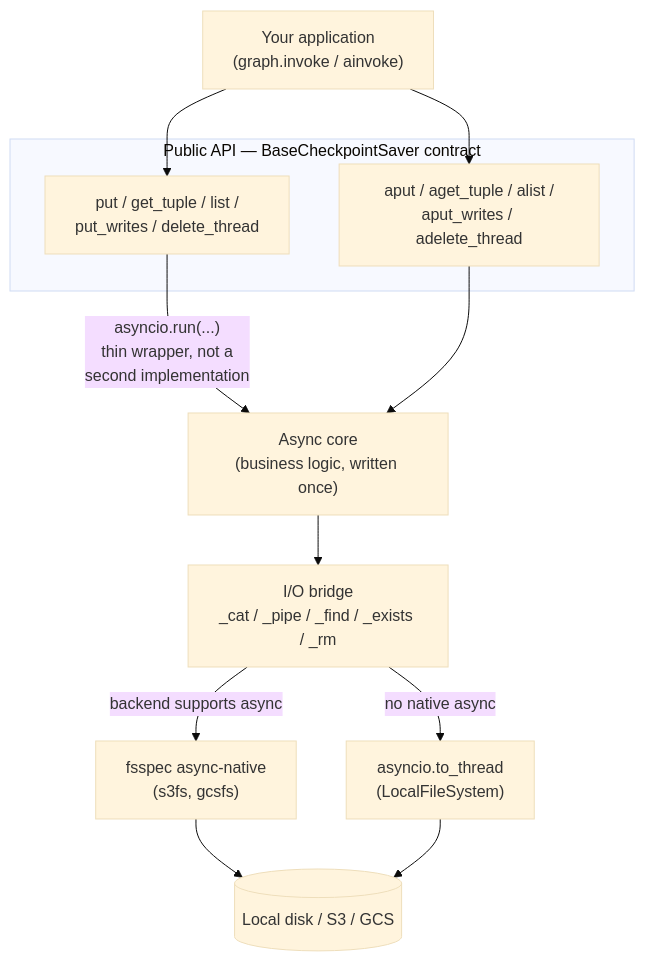
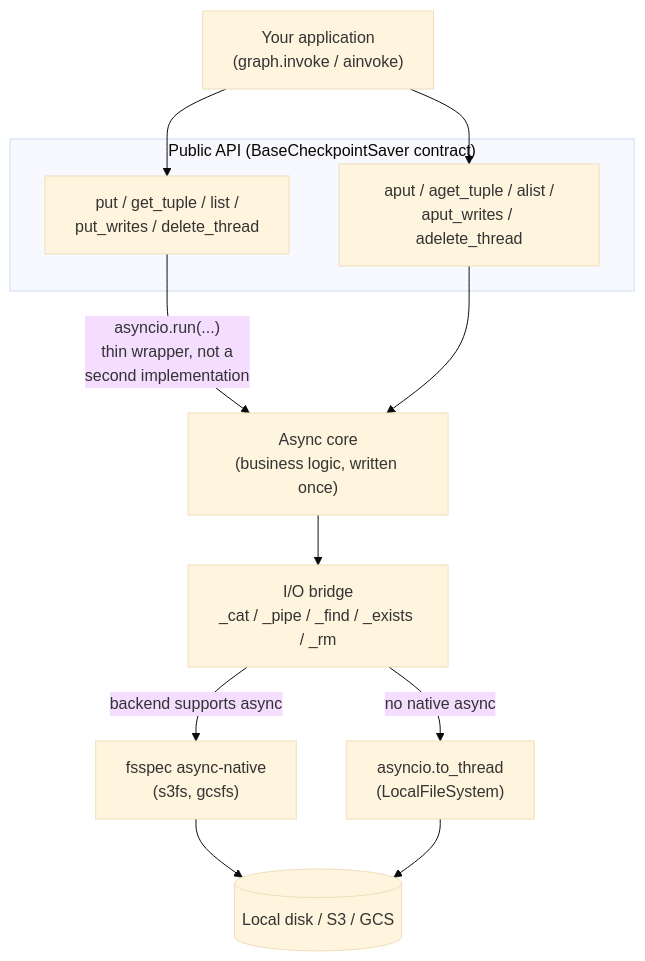
One commit to sergiommarcial/langgraph-objectstorage-checkpoint changed the first of 2 diagrams in README.md. Above: the diagram before and after it, drawn with Mermaid (base theme). The commit also changed other lines of this file and 25 other files, not shown here.

````diff
--- a/README.md
+++ b/README.md
@@ -307,23 +370,23 @@
 ```mermaid
 flowchart TD
     App["Your application<br/>(graph.invoke / ainvoke)"]
 
-    subgraph PublicAPI["Public API — BaseCheckpointSaver contract"]
+    subgraph PublicAPI["Public API (BaseCheckpointSaver contract)"]
         Sync["put / get_tuple / list /<br/>put_writes / delete_thread"]
         Async["aput / aget_tuple / alist /<br/>aput_writes / adelete_thread"]
     end
 
     Core["Async core<br/>(business logic, written once)"]
     Bridge["I/O bridge<br/>_cat / _pipe / _find / _exists / _rm"]
     Native["fsspec async-native<br/>(s3fs, gcsfs)"]
     Threaded["asyncio.to_thread<br/>(LocalFileSystem)"]
     Backend[("Local disk / S3 / GCS")]
 
     App --> Sync
     App --> Async
     Sync -->|"asyncio.run(...)<br/>thin wrapper, not a<br/>second implementation"| Core
     Async --> Core
     Core --> Bridge
     Bridge -->|backend supports async| Native --> Backend
     Bridge -->|no native async| Threaded --> Backend
 ```
````
